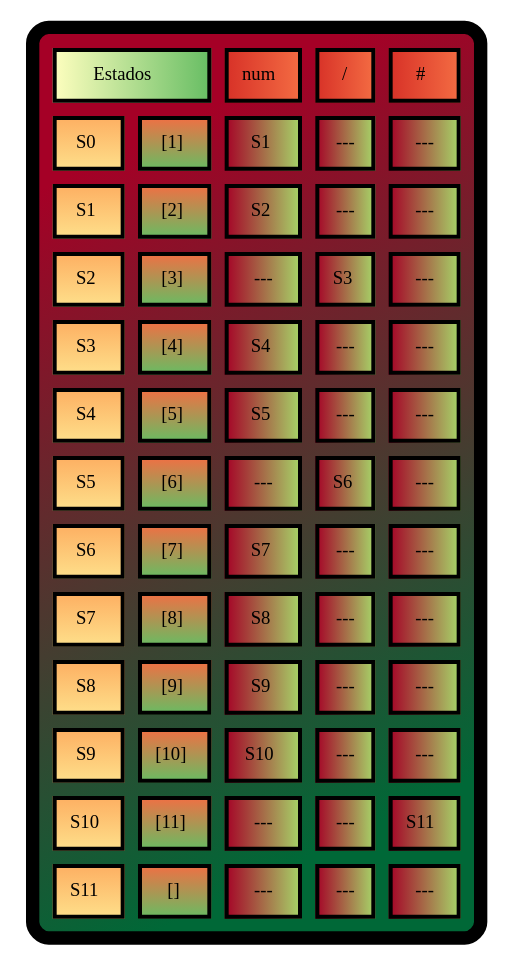
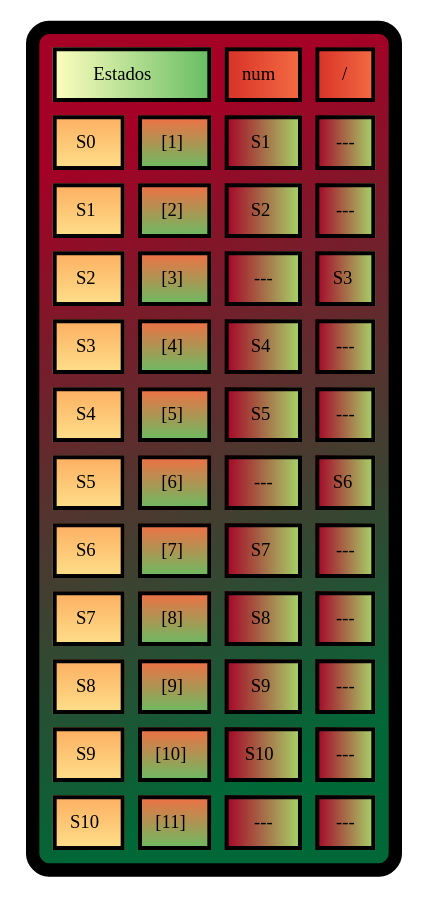
One commit to AngelArteaga1/OLC_Proyecto1_201901816 changed the diagram in OLC_Proyecto1_201901816/Transiciones/fecha.dot. Above: the diagram before and after it, drawn with Graphviz. The commit also changed 26 other files, not shown here.

```diff
--- a/OLC_Proyecto1_201901816/Transiciones/fecha.dot
+++ b/OLC_Proyecto1_201901816/Transiciones/fecha.dot
@@ -1,98 +1,79 @@
 digraph G{
 tbl [
 shape=plaintext
 label=<
 <TABLE border="10" cellspacing="10" cellpadding="10" style="rounded" bgcolor="/rdylgn11/1:/rdylgn11/11" gradientangle="315">
 <TR>
 <TD border="3" colspan="2"  bgcolor="/rdylgn11/6:/rdylgn11/9">Estados</TD>
 <TD border="3"  bgcolor="/rdylgn11/2:/rdylgn11/3">num</TD>
 <TD border="3"  bgcolor="/rdylgn11/2:/rdylgn11/3">/</TD>
-<TD border="3"  bgcolor="/rdylgn11/2:/rdylgn11/3">#</TD>
 </TR>
 <TR>
 <TD border="3" bgcolor="/rdylgn11/4:/rdylgn11/5" gradientangle="270">S0</TD>
 <TD border="3" bgcolor="/rdylgn11/3:/rdylgn11/9" gradientangle="270">[1]</TD>
 <TD border="3"  bgcolor="/rdylgn11/1:/rdylgn11/8">S1</TD>
-<TD border="3"  bgcolor="/rdylgn11/1:/rdylgn11/8">---</TD>
 <TD border="3"  bgcolor="/rdylgn11/1:/rdylgn11/8">---</TD>
 </TR>
 <TR>
 <TD border="3" bgcolor="/rdylgn11/4:/rdylgn11/5" gradientangle="270">S1</TD>
 <TD border="3" bgcolor="/rdylgn11/3:/rdylgn11/9" gradientangle="270">[2]</TD>
 <TD border="3"  bgcolor="/rdylgn11/1:/rdylgn11/8">S2</TD>
 <TD border="3"  bgcolor="/rdylgn11/1:/rdylgn11/8">---</TD>
-<TD border="3"  bgcolor="/rdylgn11/1:/rdylgn11/8">---</TD>
 </TR>
 <TR>
 <TD border="3" bgcolor="/rdylgn11/4:/rdylgn11/5" gradientangle="270">S2</TD>
 <TD border="3" bgcolor="/rdylgn11/3:/rdylgn11/9" gradientangle="270">[3]</TD>
 <TD border="3"  bgcolor="/rdylgn11/1:/rdylgn11/8">---</TD>
 <TD border="3"  bgcolor="/rdylgn11/1:/rdylgn11/8">S3</TD>
-<TD border="3"  bgcolor="/rdylgn11/1:/rdylgn11/8">---</TD>
 </TR>
 <TR>
 <TD border="3" bgcolor="/rdylgn11/4:/rdylgn11/5" gradientangle="270">S3</TD>
 <TD border="3" bgcolor="/rdylgn11/3:/rdylgn11/9" gradientangle="270">[4]</TD>
 <TD border="3"  bgcolor="/rdylgn11/1:/rdylgn11/8">S4</TD>
-<TD border="3"  bgcolor="/rdylgn11/1:/rdylgn11/8">---</TD>
 <TD border="3"  bgcolor="/rdylgn11/1:/rdylgn11/8">---</TD>
 </TR>
 <TR>
 <TD border="3" bgcolor="/rdylgn11/4:/rdylgn11/5" gradientangle="270">S4</TD>
 <TD border="3" bgcolor="/rdylgn11/3:/rdylgn11/9" gradientangle="270">[5]</TD>
 <TD border="3"  bgcolor="/rdylgn11/1:/rdylgn11/8">S5</TD>
 <TD border="3"  bgcolor="/rdylgn11/1:/rdylgn11/8">---</TD>
-<TD border="3"  bgcolor="/rdylgn11/1:/rdylgn11/8">---</TD>
 </TR>
 <TR>
 <TD border="3" bgcolor="/rdylgn11/4:/rdylgn11/5" gradientangle="270">S5</TD>
 <TD border="3" bgcolor="/rdylgn11/3:/rdylgn11/9" gradientangle="270">[6]</TD>
 <TD border="3"  bgcolor="/rdylgn11/1:/rdylgn11/8">---</TD>
 <TD border="3"  bgcolor="/rdylgn11/1:/rdylgn11/8">S6</TD>
-<TD border="3"  bgcolor="/rdylgn11/1:/rdylgn11/8">---</TD>
 </TR>
 <TR>
 <TD border="3" bgcolor="/rdylgn11/4:/rdylgn11/5" gradientangle="270">S6</TD>
 <TD border="3" bgcolor="/rdylgn11/3:/rdylgn11/9" gradientangle="270">[7]</TD>
 <TD border="3"  bgcolor="/rdylgn11/1:/rdylgn11/8">S7</TD>
-<TD border="3"  bgcolor="/rdylgn11/1:/rdylgn11/8">---</TD>
 <TD border="3"  bgcolor="/rdylgn11/1:/rdylgn11/8">---</TD>
 </TR>
 <TR>
 <TD border="3" bgcolor="/rdylgn11/4:/rdylgn11/5" gradientangle="270">S7</TD>
 <TD border="3" bgcolor="/rdylgn11/3:/rdylgn11/9" gradientangle="270">[8]</TD>
 <TD border="3"  bgcolor="/rdylgn11/1:/rdylgn11/8">S8</TD>
 <TD border="3"  bgcolor="/rdylgn11/1:/rdylgn11/8">---</TD>
-<TD border="3"  bgcolor="/rdylgn11/1:/rdylgn11/8">---</TD>
 </TR>
 <TR>
 <TD border="3" bgcolor="/rdylgn11/4:/rdylgn11/5" gradientangle="270">S8</TD>
 <TD border="3" bgcolor="/rdylgn11/3:/rdylgn11/9" gradientangle="270">[9]</TD>
 <TD border="3"  bgcolor="/rdylgn11/1:/rdylgn11/8">S9</TD>
-<TD border="3"  bgcolor="/rdylgn11/1:/rdylgn11/8">---</TD>
 <TD border="3"  bgcolor="/rdylgn11/1:/rdylgn11/8">---</TD>
 </TR>
 <TR>
 <TD border="3" bgcolor="/rdylgn11/4:/rdylgn11/5" gradientangle="270">S9</TD>
 <TD border="3" bgcolor="/rdylgn11/3:/rdylgn11/9" gradientangle="270">[10]</TD>
 <TD border="3"  bgcolor="/rdylgn11/1:/rdylgn11/8">S10</TD>
 <TD border="3"  bgcolor="/rdylgn11/1:/rdylgn11/8">---</TD>
-<TD border="3"  bgcolor="/rdylgn11/1:/rdylgn11/8">---</TD>
 </TR>
 <TR>
 <TD border="3" bgcolor="/rdylgn11/4:/rdylgn11/5" gradientangle="270">S10</TD>
 <TD border="3" bgcolor="/rdylgn11/3:/rdylgn11/9" gradientangle="270">[11]</TD>
 <TD border="3"  bgcolor="/rdylgn11/1:/rdylgn11/8">---</TD>
 <TD border="3"  bgcolor="/rdylgn11/1:/rdylgn11/8">---</TD>
-<TD border="3"  bgcolor="/rdylgn11/1:/rdylgn11/8">S11</TD>
-</TR>
-<TR>
-<TD border="3" bgcolor="/rdylgn11/4:/rdylgn11/5" gradientangle="270">S11</TD>
-<TD border="3" bgcolor="/rdylgn11/3:/rdylgn11/9" gradientangle="270">[]</TD>
-<TD border="3"  bgcolor="/rdylgn11/1:/rdylgn11/8">---</TD>
-<TD border="3"  bgcolor="/rdylgn11/1:/rdylgn11/8">---</TD>
-<TD border="3"  bgcolor="/rdylgn11/1:/rdylgn11/8">---</TD>
 </TR>
 </TABLE>
 >];
 }
```
